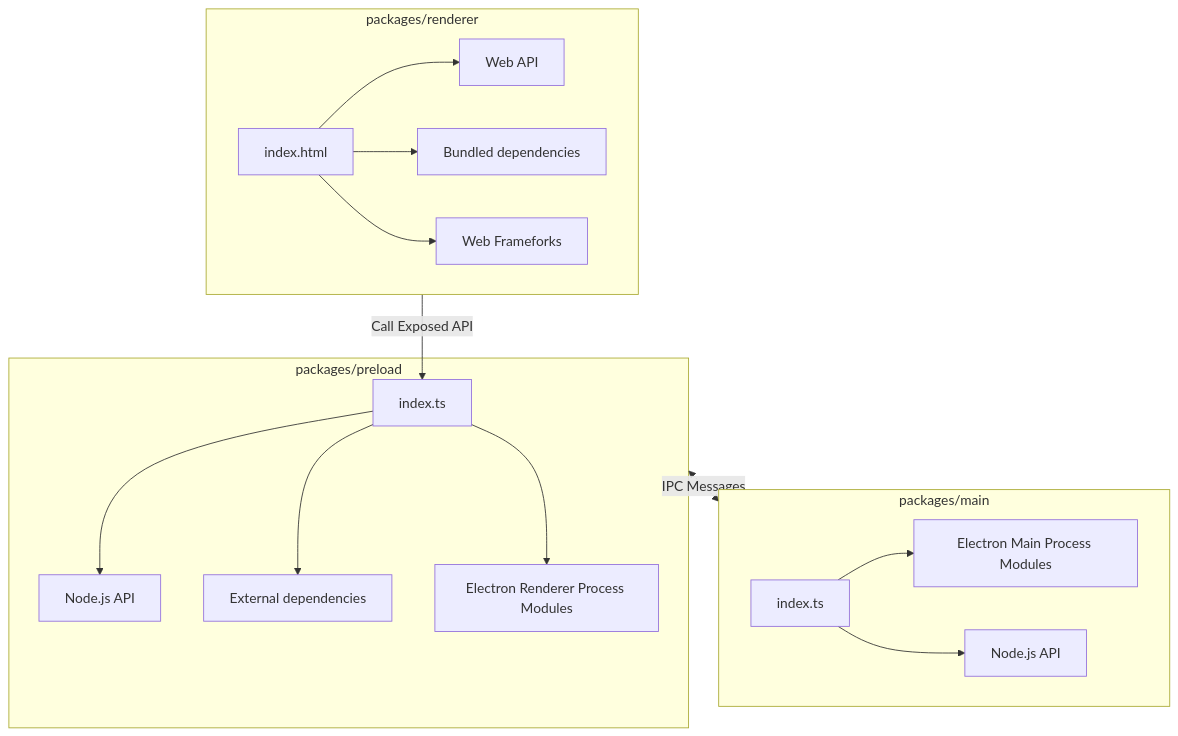
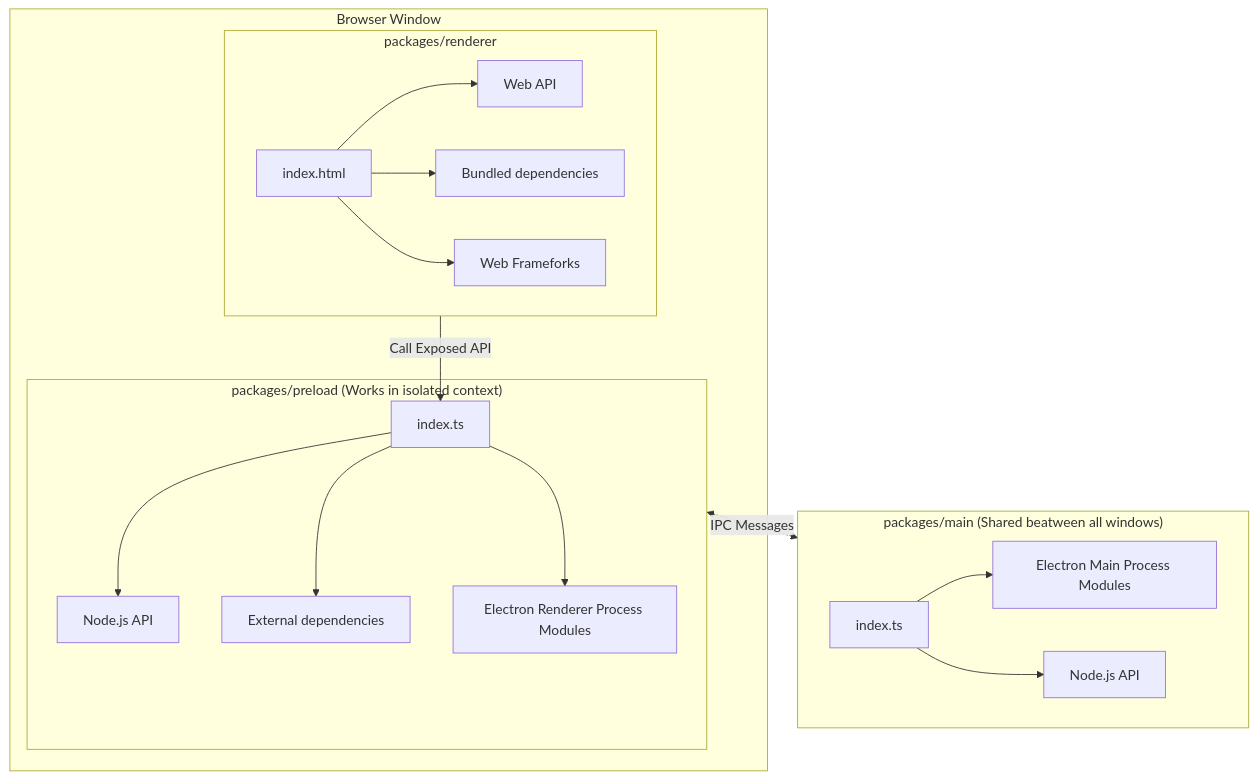
One commit to cawa-93/vite-electron-builder changed the first of 2 diagrams in README.md. Above: the diagram before and after it, drawn with Mermaid. The commit also changed other lines of this file, not shown here.

````diff
--- a/README.md
+++ b/README.md
@@ -101,26 +115,27 @@
 ```mermaid
 flowchart TB;
 
 packages/preload <-. IPC Messages .-> packages/main
 
-subgraph packages/main
-M[index.ts] --> EM[Electron Main Process Modules]
-M --> N2[Node.js API]
-end
+    subgraph packages/main["packages/main (Shared beatween all windows)"]
+    M[index.ts] --> EM[Electron Main Process Modules]
+    M --> N2[Node.js API]
+    end
+
+subgraph Window["Browser Window"]
+    subgraph packages/preload["packages/preload (Works in isolated context)"]
+    P[index.ts] --> N[Node.js API]
+    P --> ED[External dependencies]
+    P --> ER[Electron Renderer Process Modules]
+    end
 
 
-subgraph packages/preload
-P[index.ts] --> N[Node.js API]
-P --> ED[External dependencies]
-P --> ER[Electron Renderer Process Modules]
-end
-
-
-subgraph packages/renderer
-R[index.html] --> W[Web API]
-R --> BD[Bundled dependencies]
-R --> F[Web Frameforks]
-end
+    subgraph packages/renderer
+    R[index.html] --> W[Web API]
+    R --> BD[Bundled dependencies]
+    R --> F[Web Frameforks]
+    end
+    end
 
 packages/renderer -- Call Exposed API --> P
 ```
````
